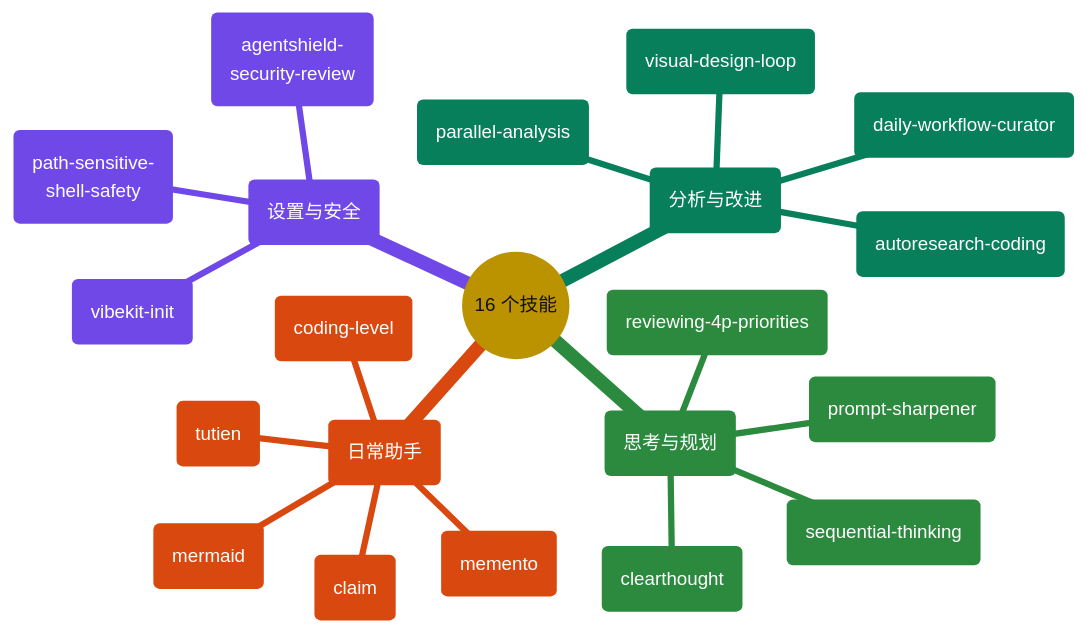
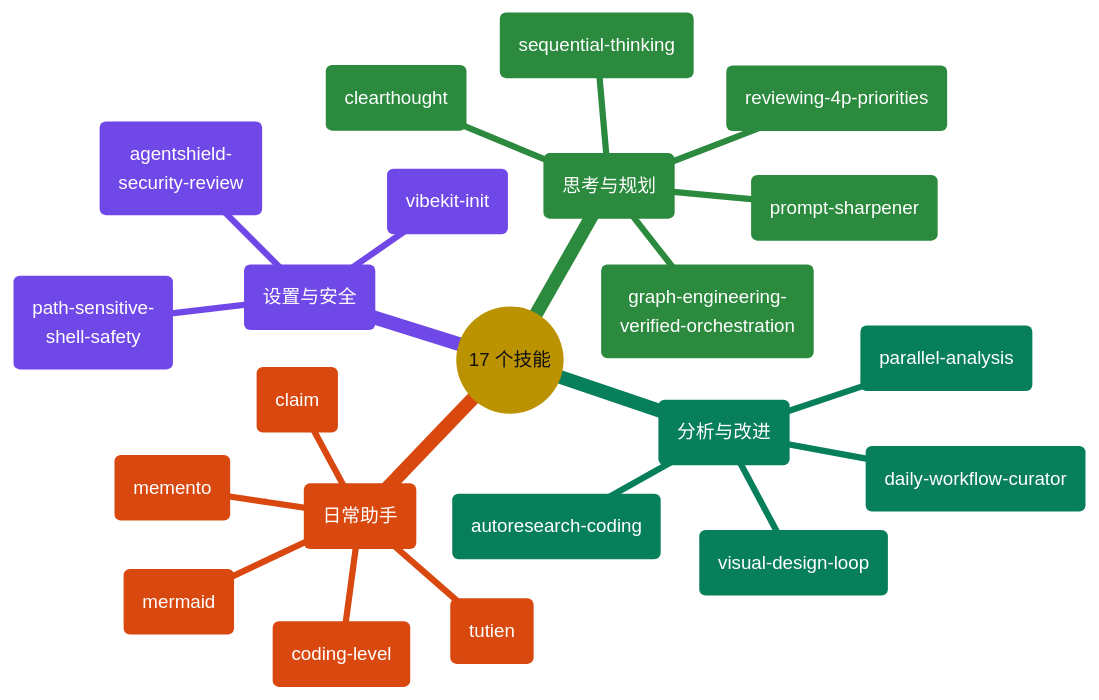
The fifth of 8 diagrams in docs/README.zh-CN.md (giang6283623/minimal-vibe-coding-kit), drawn with Mermaid before and after one commit. The commit also changed other lines of this file and 23 other files, not shown here.

Commit message:
feat(release): 0.5.3 graph-engineering-verified-orchestration skill, README example case, validator gates

````diff
--- a/docs/README.zh-CN.md
+++ b/docs/README.zh-CN.md
@@ -344,57 +344,58 @@
 ```mermaid
 ---
 config:
   theme: base
   themeCSS: >-
     .mindmap-node:not(.section-root):not(.section--1) text,
     .mindmap-node:not(.section-root):not(.section--1) tspan
     { fill: #FFFFFF !important; }
     .mindmap-node:not(.section-root):not(.section--1) div,
     .mindmap-node:not(.section-root):not(.section--1) span,
     .mindmap-node:not(.section-root):not(.section--1) p
     { color: #FFFFFF !important; }
   themeVariables:
     darkMode: false
     fontFamily: cascadia mono, consolas, noto sans mono, menlo, monospace
     fontSize: 15px
     lineColor: "#888888"
     textColor: "#111111"
     primaryColor: "#FFD43B"
     primaryTextColor: "#111111"
     primaryBorderColor: "#444444"
     cScale0: "#1971C2"
     cScale1: "#7048E8"
     cScale2: "#2B8A3E"
     cScale3: "#087F5B"
     cScale4: "#D9480F"
     cScale5: "#C2255C"
     cScaleLabel0: "#FFFFFF"
     cScaleLabel1: "#FFFFFF"
     cScaleLabel2: "#FFFFFF"
     cScaleLabel3: "#FFFFFF"
     cScaleLabel4: "#FFFFFF"
     cScaleLabel5: "#FFFFFF"
 ---
 mindmap
-  root(("16 个技能"))
+  root(("17 个技能"))
     setup("设置与安全")
       s1("vibekit-init")
       s2("agentshield-<br/>security-review")
       s3("path-sensitive-<br/>shell-safety")
     think("思考与规划")
       t1("clearthought")
       t2("sequential-thinking")
       t3("prompt-sharpener")
       t4("reviewing-4p-priorities")
+      t5("graph-engineering-<br/>verified-orchestration")
     analyze("分析与改进")
       a1("parallel-analysis")
       a2("autoresearch-coding")
       a3("daily-workflow-curator")
       a4("visual-design-loop")
     helpers("日常助手")
       h1("memento")
       h2("coding-level")
       h3("mermaid")
       h4("claim")
       h5("tutien")
 ```
````
